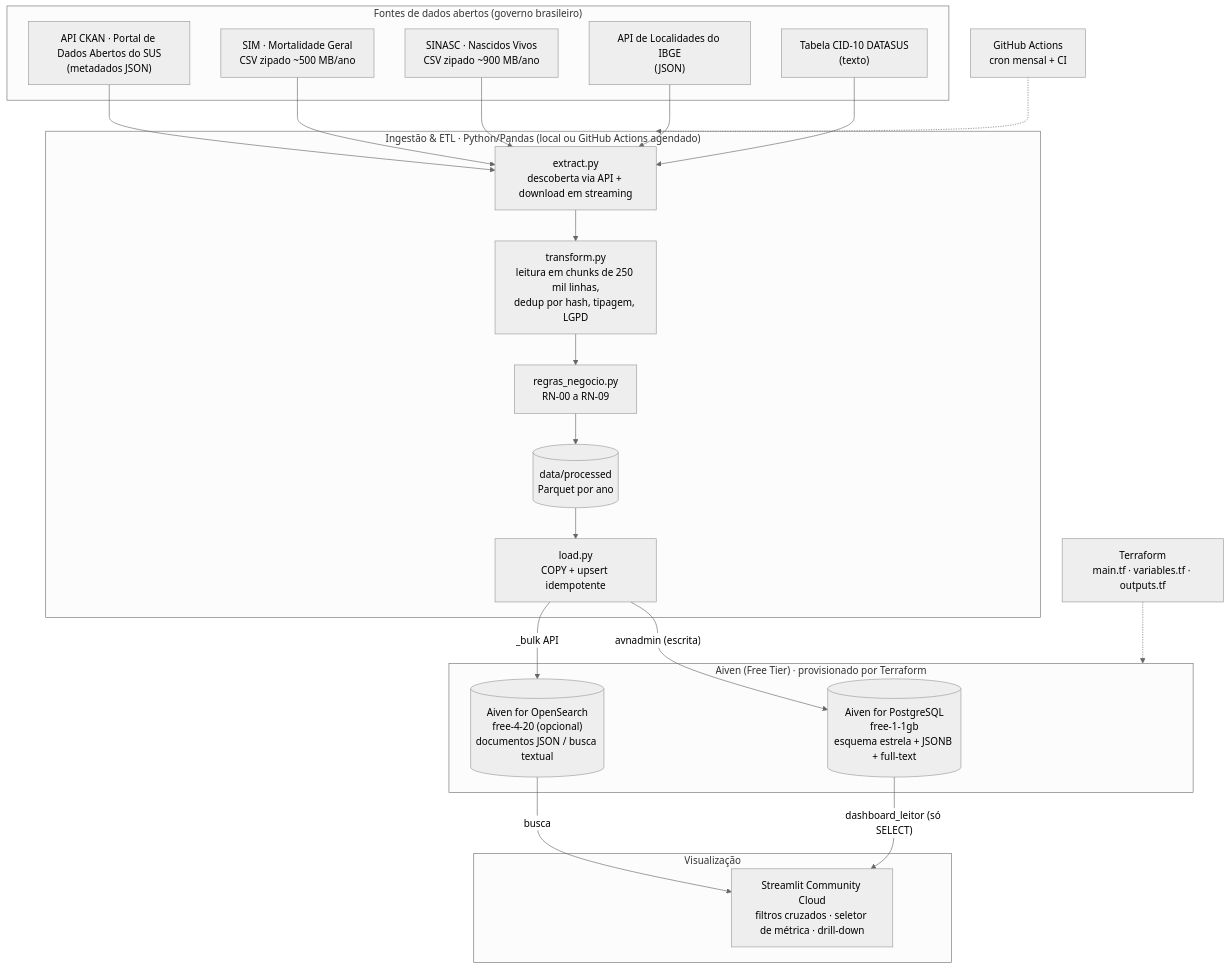
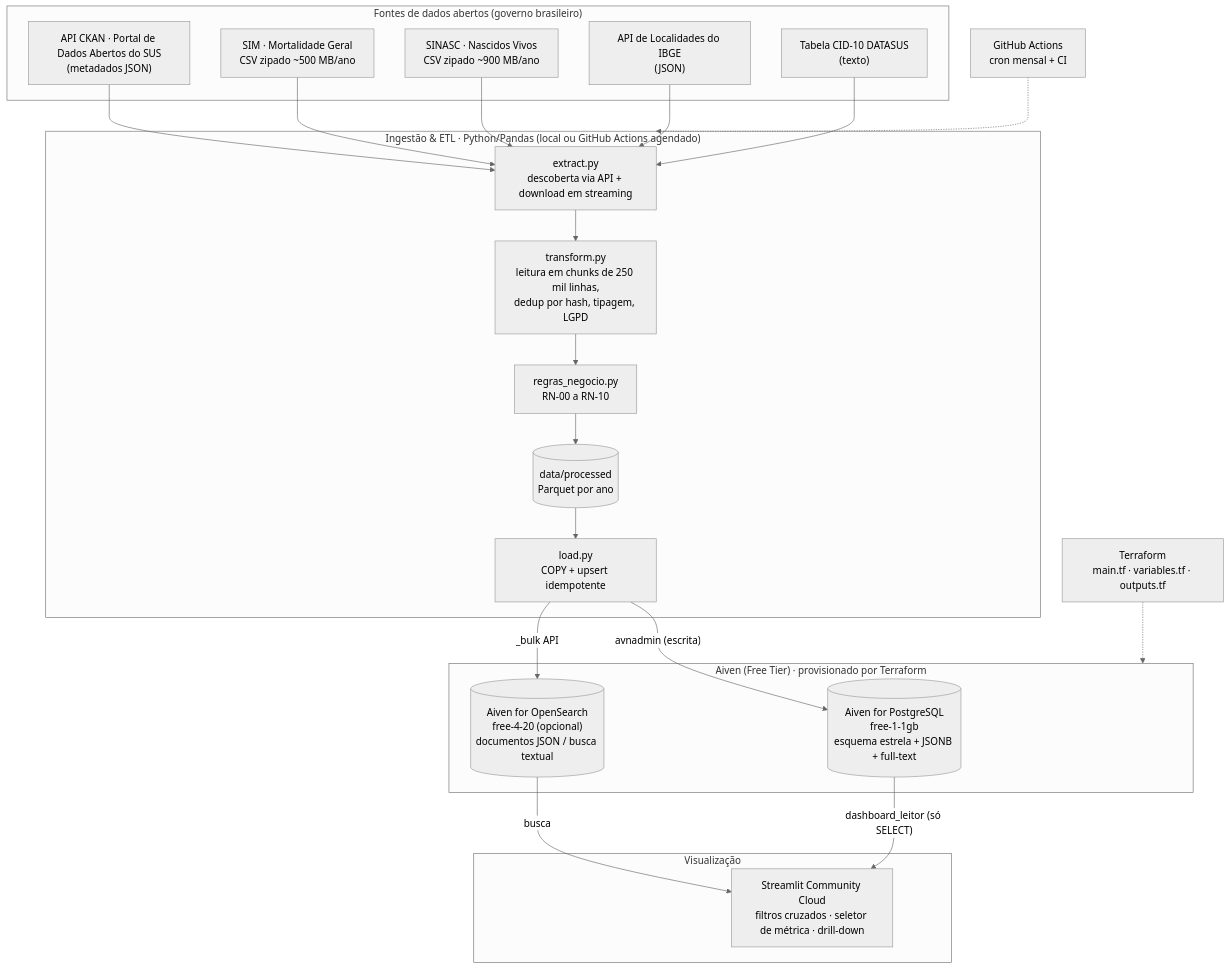
The first of 2 diagrams in README.md (GustavoCruzzz/painel-mortalidade-materna), drawn with Mermaid (neutral theme) before and after one commit. The commit also changed other lines of this file and 24 other files, not shown here.

````diff
--- a/README.md
+++ b/README.md
@@ -70,40 +88,40 @@
 ```mermaid
 flowchart TB
     subgraph Fontes["Fontes de dados abertos (governo brasileiro)"]
         CKAN["API CKAN · Portal de Dados Abertos do SUS<br/>(metadados JSON)"]
         SIM["SIM · Mortalidade Geral<br/>CSV zipado ~500 MB/ano"]
         SINASC["SINASC · Nascidos Vivos<br/>CSV zipado ~900 MB/ano"]
         IBGE["API de Localidades do IBGE<br/>(JSON)"]
         CID["Tabela CID-10 DATASUS<br/>(texto)"]
     end
 
     subgraph ETL["Ingestão & ETL · Python/Pandas (local ou GitHub Actions agendado)"]
         E["extract.py<br/>descoberta via API + download em streaming"]
         T["transform.py<br/>leitura em chunks de 250 mil linhas,<br/>dedup por hash, tipagem, LGPD"]
-        R["regras_negocio.py<br/>RN-00 a RN-09"]
+        R["regras_negocio.py<br/>RN-00 a RN-10"]
         P[("data/processed<br/>Parquet por ano")]
         L["load.py<br/>COPY + upsert idempotente"]
     end
 
     subgraph Aiven["Aiven (Free Tier) · provisionado por Terraform"]
         PG[("Aiven for PostgreSQL<br/>free-1-1gb<br/>esquema estrela + JSONB + full-text")]
         OS[("Aiven for OpenSearch<br/>free-4-20 (opcional)<br/>documentos JSON / busca textual")]
     end
 
     subgraph Viz["Visualização"]
         ST["Streamlit Community Cloud<br/>filtros cruzados · seletor de métrica · drill-down"]
     end
 
     CKAN --> E
     SIM --> E
     SINASC --> E
     IBGE --> E
     CID --> E
     E --> T --> R --> P --> L
     L -->|"avnadmin (escrita)"| PG
     L -->|"_bulk API"| OS
     PG -->|"dashboard_leitor (só SELECT)"| ST
     OS -->|"busca"| ST
     GH["GitHub Actions<br/>cron mensal + CI"] -.-> ETL
     TF["Terraform<br/>main.tf · variables.tf · outputs.tf"] -.-> Aiven
 ```
````
